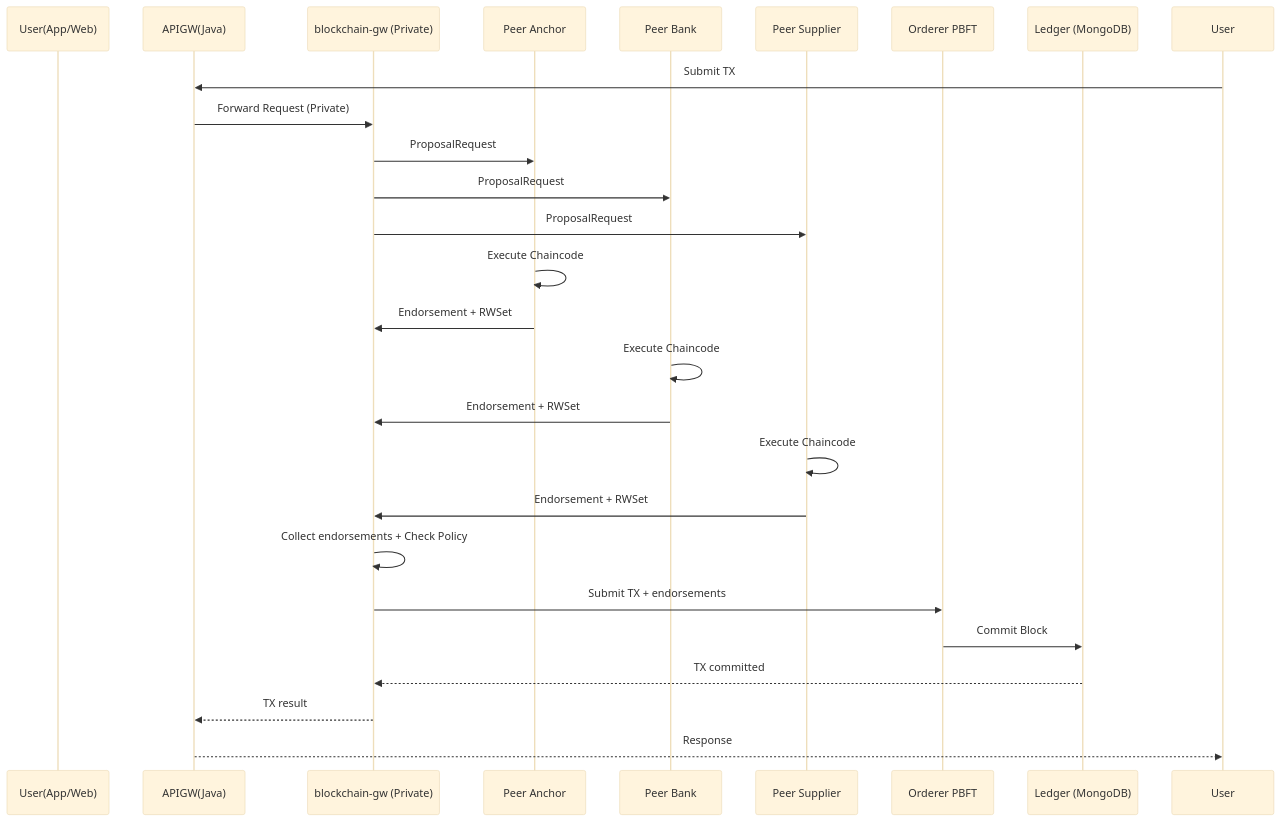
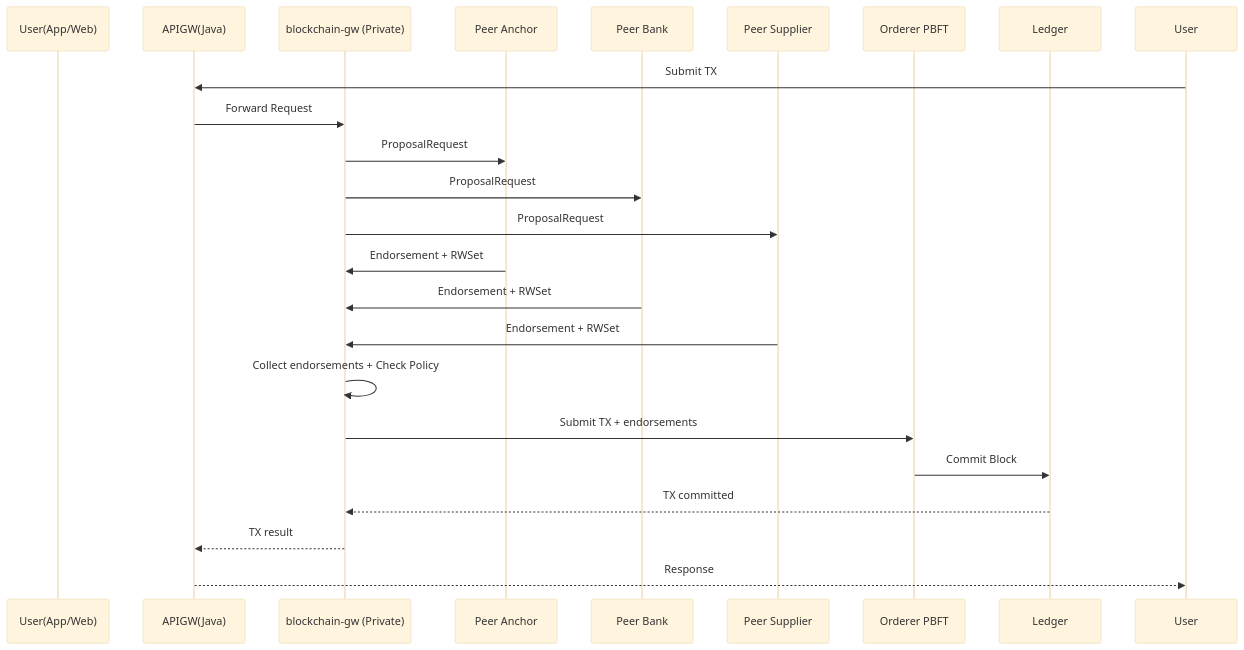
One commit to trunghc97/blockchain changed the third of 25 diagrams in System_Design_Document.md. Above: the diagram before and after it, drawn with Mermaid (base theme). The commit also changed other lines of this file and 1 other file, not shown here.

````diff
--- a/System_Design_Document.md
+++ b/System_Design_Document.md
@@ -384,32 +384,29 @@
 ```mermaid
 sequenceDiagram
     participant User(App/Web)
     participant APIGW(Java)
     participant GW as blockchain-gw (Private)
     participant PeerA as Peer Anchor
     participant PeerB as Peer Bank
     participant PeerS as Peer Supplier
     participant ORD as Orderer PBFT
-    participant LED as Ledger (MongoDB)
+    participant LED as Ledger
 
     User->>APIGW(Java): Submit TX
-    APIGW(Java)->>GW: Forward Request (Private)
+    APIGW(Java)->>GW: Forward Request
 
     GW->>PeerA: ProposalRequest
     GW->>PeerB: ProposalRequest
     GW->>PeerS: ProposalRequest
 
-    PeerA->>PeerA: Execute Chaincode
     PeerA->>GW: Endorsement + RWSet
-    PeerB->>PeerB: Execute Chaincode
     PeerB->>GW: Endorsement + RWSet
-    PeerS->>PeerS: Execute Chaincode
     PeerS->>GW: Endorsement + RWSet
 
     GW->>GW: Collect endorsements + Check Policy
     GW->>ORD: Submit TX + endorsements
     ORD->>LED: Commit Block
     LED-->>GW: TX committed
     GW-->>APIGW(Java): TX result
     APIGW(Java)-->>User: Response
 ```
````
